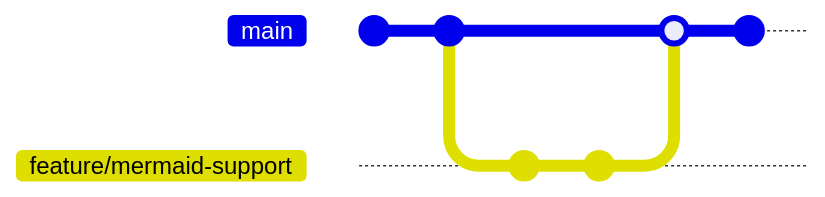
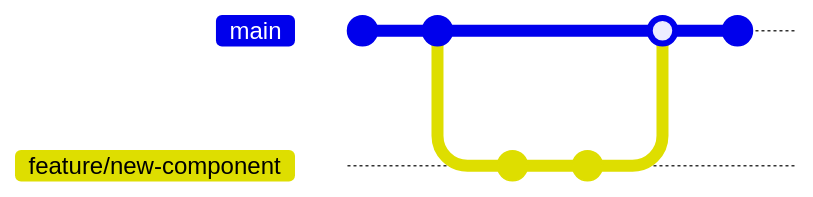
Before and after one commit to cyborghound/cyborghound.github.io: the third of 3 diagrams in _posts/2026-03-13-getting-started-with-mermaid-diagrams.md, drawn with Mermaid. The commit also changed other lines of this file, not shown here. Commit ids are hidden.

Commit message:
docs(blog): rewrite mermaid blog post for a general audience

````diff
--- a/_posts/2026-03-13-getting-started-with-mermaid-diagrams.md
+++ b/_posts/2026-03-13-getting-started-with-mermaid-diagrams.md
@@ -47,12 +54,12 @@
 ```mermaid
 gitGraph
     commit
     commit
-    branch feature/mermaid-support
-    checkout feature/mermaid-support
+    branch feature/new-component
+    checkout feature/new-component
     commit
     commit
     checkout main
-    merge feature/mermaid-support
+    merge feature/new-component
     commit
 ```
````
